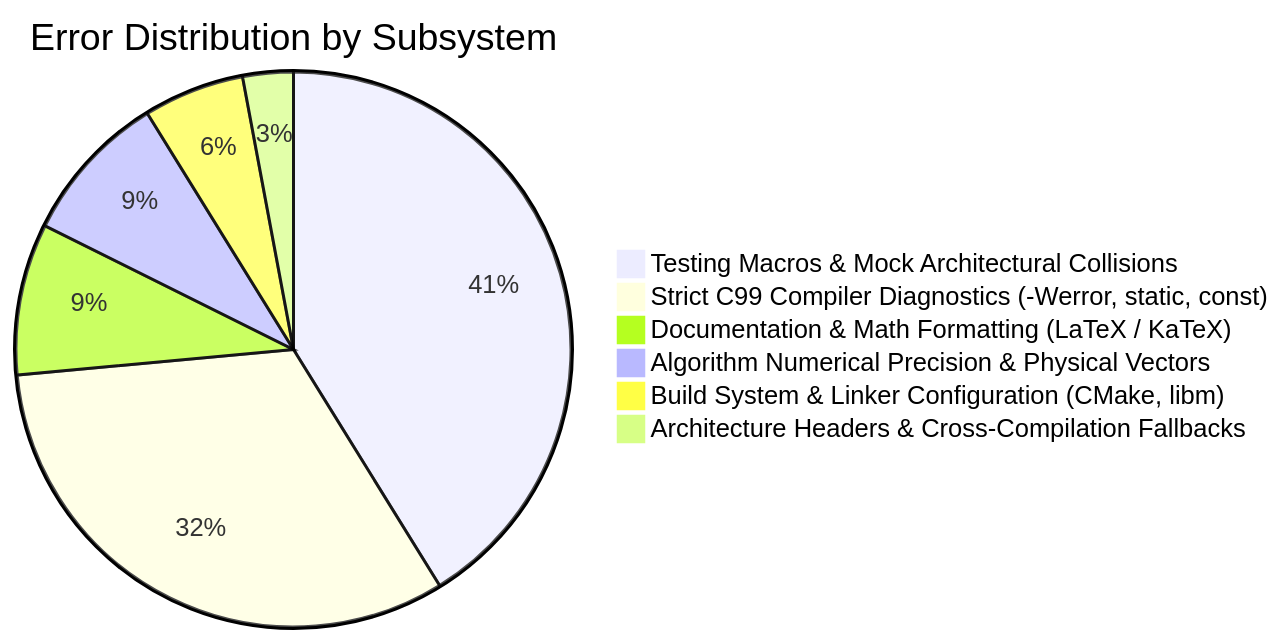
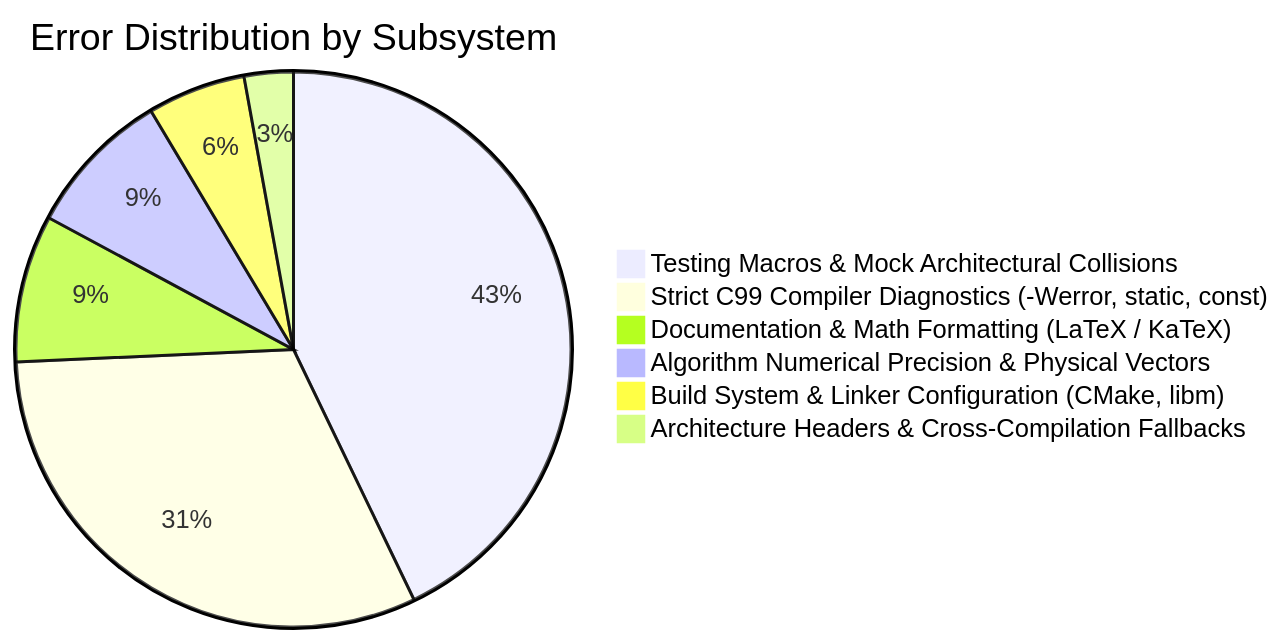
The diagram in context/errors/README.md (Thejus26/rain-predict), drawn with Mermaid before and after one commit. The commit also changed other lines of this file and 3 other files, not shown here.

````diff
--- a/context/errors/README.md
+++ b/context/errors/README.md
@@ -50,9 +51,9 @@
 ```mermaid
 pie title Error Distribution by Subsystem
-    "Testing Macros & Mock Architectural Collisions" : 14
+    "Testing Macros & Mock Architectural Collisions" : 15
     "Strict C99 Compiler Diagnostics (-Werror, static, const)" : 11
     "Documentation & Math Formatting (LaTeX / KaTeX)" : 3
     "Algorithm Numerical Precision & Physical Vectors" : 3
     "Build System & Linker Configuration (CMake, libm)" : 2
     "Architecture Headers & Cross-Compilation Fallbacks" : 1
 ```
````
